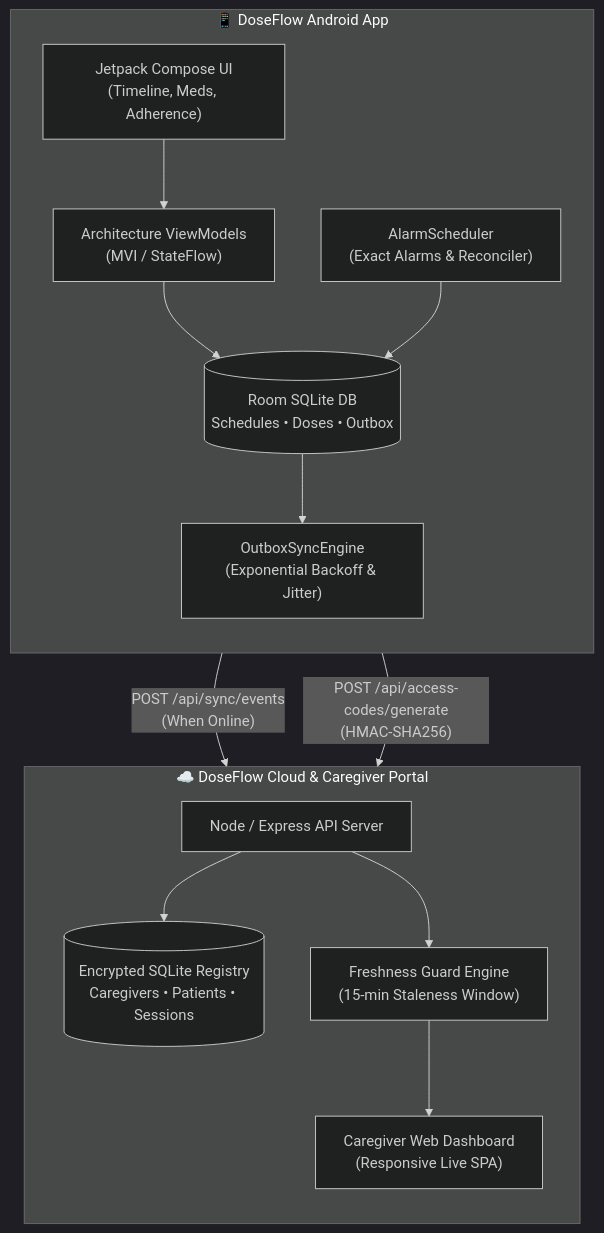
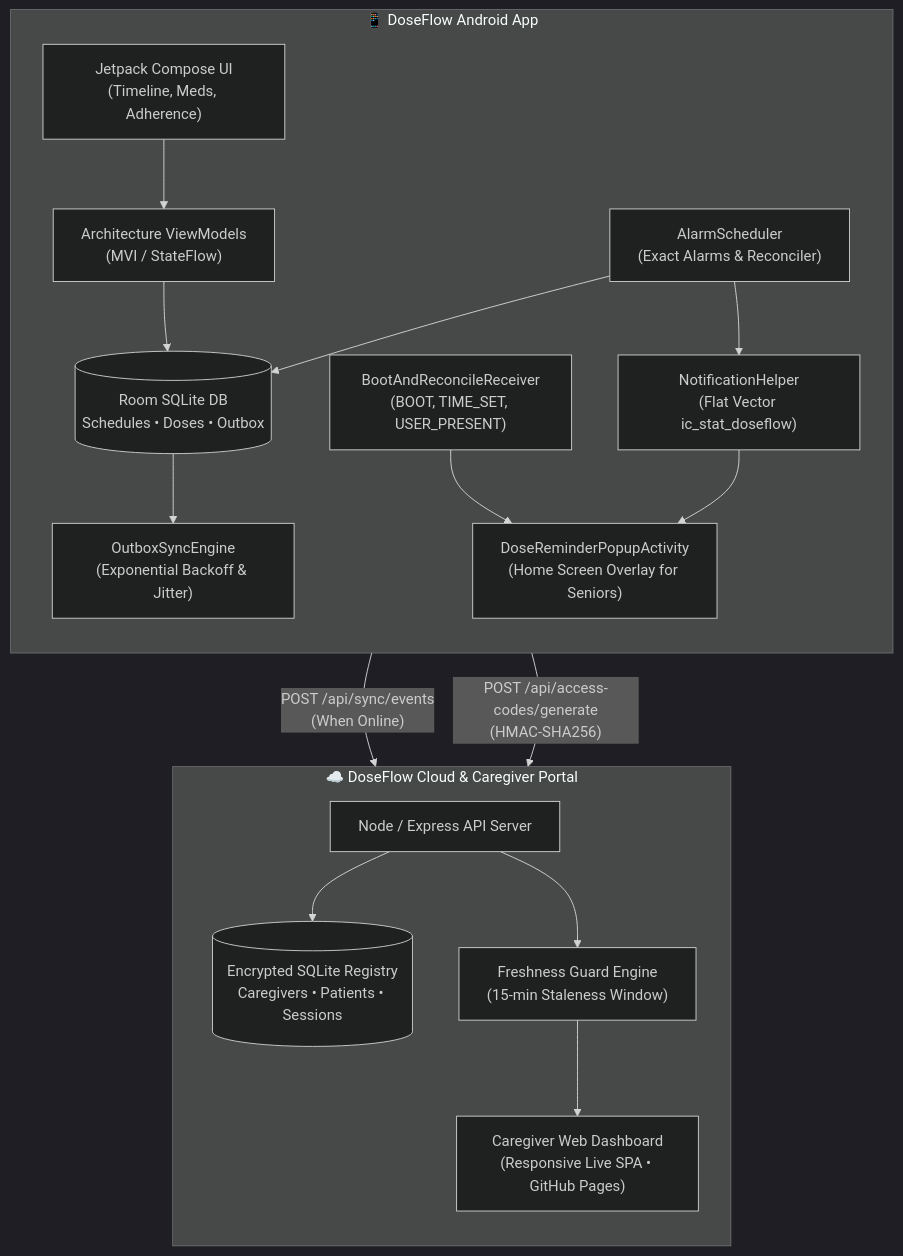
The diagram in README.md (4kAurora07/DocFlow), drawn with Mermaid (dark theme) before and after one commit. The commit also changed other lines of this file, not shown here.

Commit message:
docs: update README with senior popup, lock screen privacy, and vector notification icon

````diff
--- a/README.md
+++ b/README.md
@@ -58,31 +71,37 @@
 ```mermaid
 flowchart TD
     subgraph MobileApp["📱 DoseFlow Android App"]
         direction TB
         UI["Jetpack Compose UI\n(Timeline, Meds, Adherence)"]
+        Popup["DoseReminderPopupActivity\n(Home Screen Overlay for Seniors)"]
         VM["Architecture ViewModels\n(MVI / StateFlow)"]
         Room[("Room SQLite DB\nSchedules • Doses • Outbox")]
         Scheduler["AlarmScheduler\n(Exact Alarms & Reconciler)"]
+        UnlockReceiver["BootAndReconcileReceiver\n(BOOT, TIME_SET, USER_PRESENT)"]
+        NotificationHelper["NotificationHelper\n(Flat Vector ic_stat_doseflow)"]
         Engine["OutboxSyncEngine\n(Exponential Backoff & Jitter)"]
 
         UI --> VM
         VM --> Room
         Scheduler --> Room
+        UnlockReceiver --> Popup
+        Scheduler --> NotificationHelper
+        NotificationHelper --> Popup
         Room --> Engine
     end
 
     subgraph CloudPortal["☁️ DoseFlow Cloud & Caregiver Portal"]
         direction TB
         API["Node / Express API Server"]
         SqliteDB[("Encrypted SQLite Registry\nCaregivers • Patients • Sessions")]
         Guard["Freshness Guard Engine\n(15-min Staleness Window)"]
-        WebUI["Caregiver Web Dashboard\n(Responsive Live SPA)"]
+        WebUI["Caregiver Web Dashboard\n(Responsive Live SPA • GitHub Pages)"]
 
         API --> SqliteDB
         API --> Guard
         Guard --> WebUI
     end
 
     Engine -- "POST /api/sync/events\n(When Online)" --> API
     Room -- "POST /api/access-codes/generate\n(HMAC-SHA256)" --> API
 ```
````
